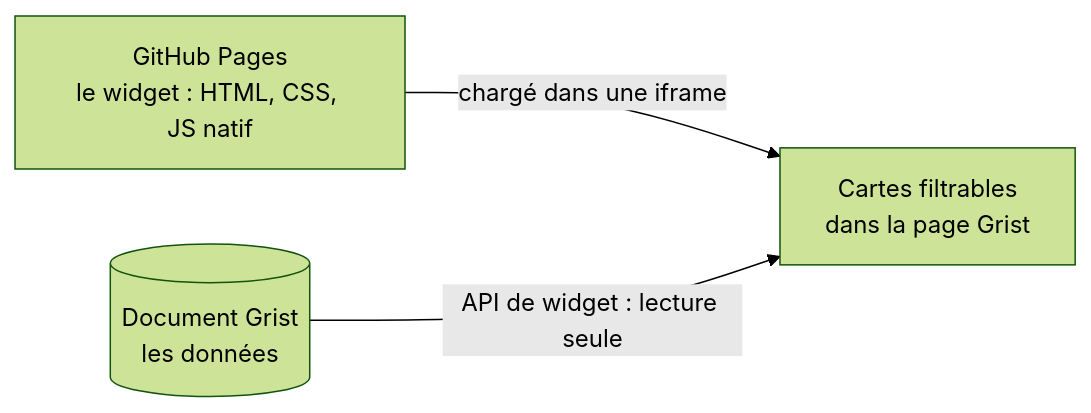
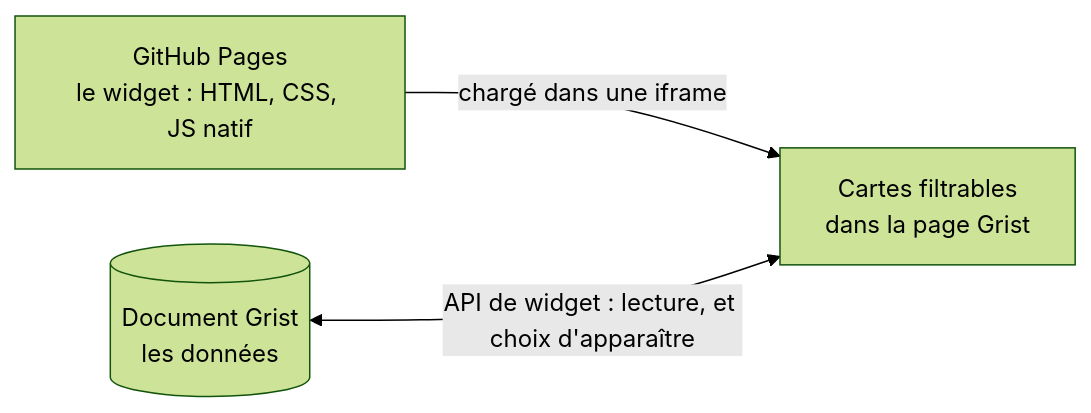
One commit to lombre33/Annuaire_PUI_Bordeaux changed the diagram in README.md. Above: the diagram before and after it, drawn with Mermaid (forest theme). The commit also changed other lines of this file and 11 other files, not shown here.

````diff
--- a/README.md
+++ b/README.md
@@ -79,8 +83,8 @@
 ```mermaid
 flowchart LR
     grist[("Document Grist<br/>les données")]
     pages["GitHub Pages<br/>le widget : HTML, CSS, JS natif"]
     cards["Cartes filtrables<br/>dans la page Grist"]
     pages -->|"chargé dans une iframe"| cards
-    grist -->|"API de widget : lecture seule"| cards
+    grist <-->|"API de widget : lecture, et choix d'apparaître"| cards
 ```
````
